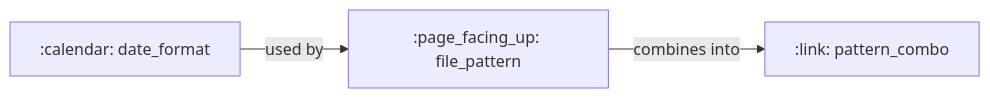
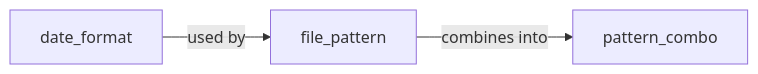
One commit to ThanuMahee12/AgentContext changed diagram 12 of 22 in docs/brainstorms/investigation-db.md. Above: the diagram before and after it, drawn with Mermaid. The commit also changed other lines of this file, not shown here.

Commit message:
docs: remove emoji shortcodes from mermaid diagrams

````diff
--- a/docs/brainstorms/investigation-db.md
+++ b/docs/brainstorms/investigation-db.md
@@ -330,5 +330,5 @@
 ```mermaid
 flowchart LR
-    DF[":calendar: date_format"] -->|used by| FP[":page_facing_up: file_pattern"]
-    FP -->|combines into| PC[":link: pattern_combo"]
+    DF["date_format"] -->|used by| FP["file_pattern"]
+    FP -->|combines into| PC["pattern_combo"]
 ```
````
